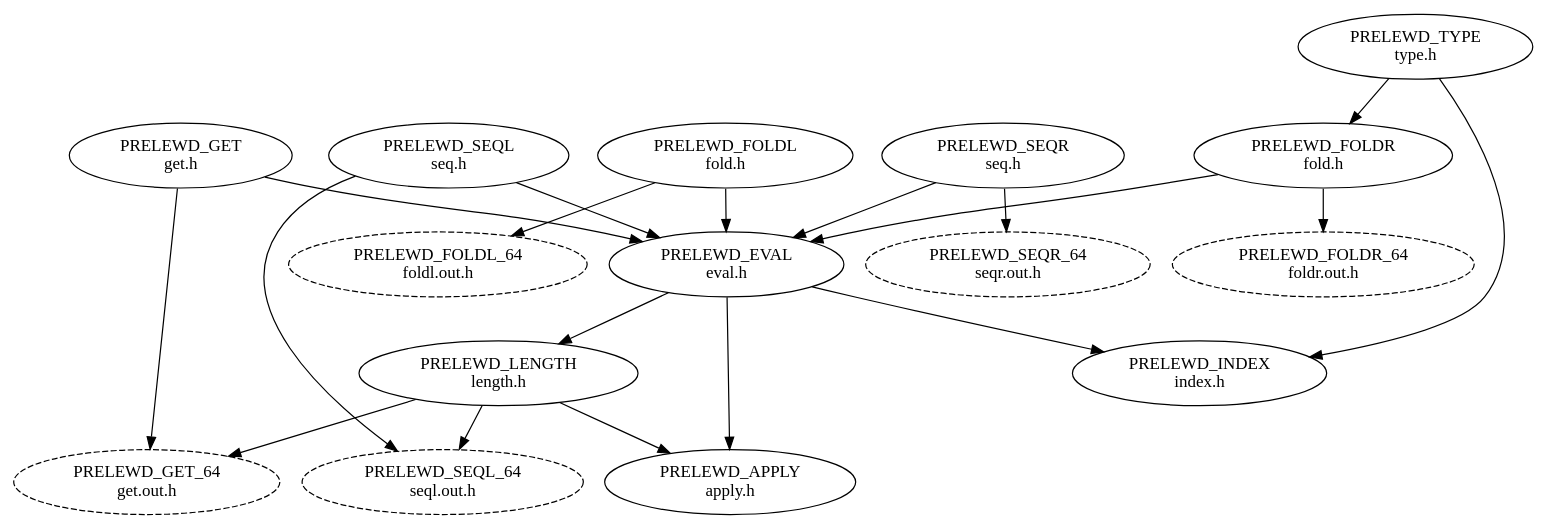
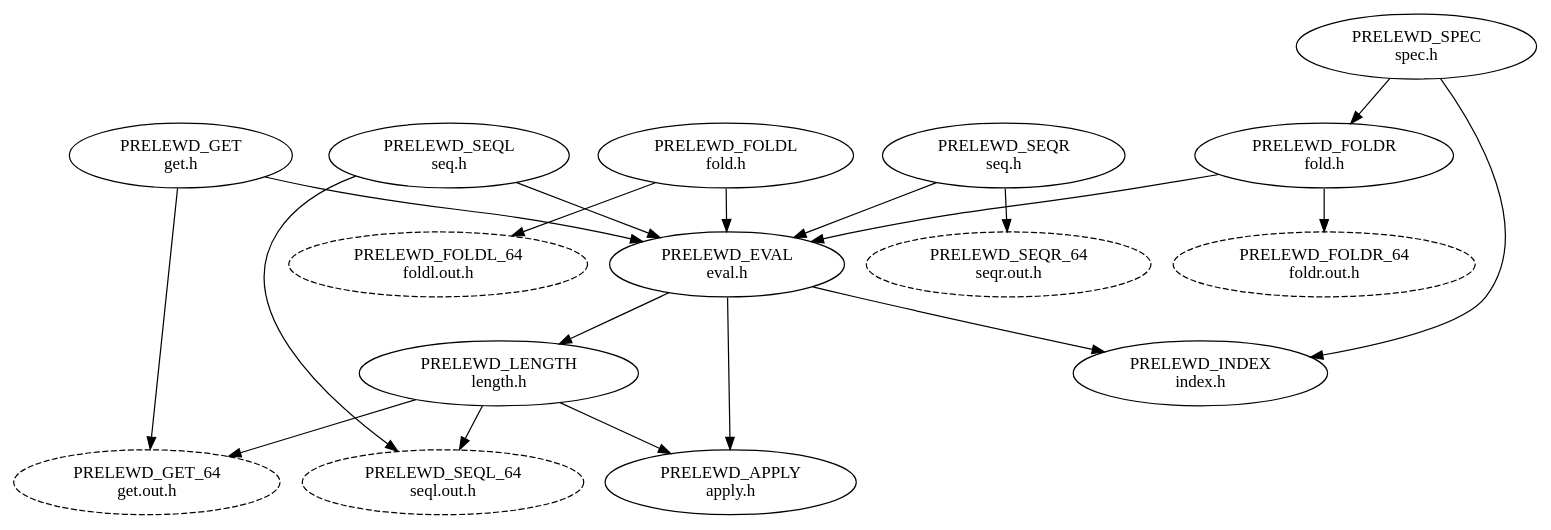
The diagram in prelewd.dot (Tuplanolla/prelewd), drawn with Graphviz before and after one commit. The commit also changed 12 other files, not shown here.

```diff
--- a/prelewd.dot
+++ b/prelewd.dot
@@ -1,48 +1,48 @@
 digraph {
   node [style = solid]
 
-  PRELEWD_TYPE [label = "\N\ntype.h"]
+  PRELEWD_SPEC [label = "\N\nspec.h"]
   PRELEWD_FOLDL [label = "\N\nfold.h"]
   PRELEWD_FOLDR [label = "\N\nfold.h"]
   PRELEWD_EVAL [label = "\N\neval.h"]
   PRELEWD_LENGTH [label = "\N\nlength.h"]
   PRELEWD_GET [label = "\N\nget.h"]
   PRELEWD_SEQL [label = "\N\nseq.h"]
   PRELEWD_SEQR [label = "\N\nseq.h"]
   PRELEWD_APPLY [label = "\N\napply.h"]
   PRELEWD_INDEX [label = "\N\nindex.h"]
 
   node [style = dashed]
 
   PRELEWD_FOLDL_64 [label = "\N\nfoldl.out.h"]
   PRELEWD_FOLDR_64 [label = "\N\nfoldr.out.h"]
   PRELEWD_GET_64 [label = "\N\nget.out.h"]
   PRELEWD_SEQL_64 [label = "\N\nseql.out.h"]
   PRELEWD_SEQR_64 [label = "\N\nseqr.out.h"]
 
-  PRELEWD_TYPE -> PRELEWD_FOLDR
-  PRELEWD_TYPE -> PRELEWD_INDEX
+  PRELEWD_SPEC -> PRELEWD_FOLDR
+  PRELEWD_SPEC -> PRELEWD_INDEX
 
   PRELEWD_FOLDL -> PRELEWD_EVAL
   PRELEWD_FOLDL -> PRELEWD_FOLDL_64
 
   PRELEWD_FOLDR -> PRELEWD_EVAL
   PRELEWD_FOLDR -> PRELEWD_FOLDR_64
 
   PRELEWD_EVAL -> PRELEWD_LENGTH
   PRELEWD_EVAL -> PRELEWD_APPLY
   PRELEWD_EVAL -> PRELEWD_INDEX
 
   PRELEWD_LENGTH -> PRELEWD_APPLY
   PRELEWD_LENGTH -> PRELEWD_GET_64
   PRELEWD_LENGTH -> PRELEWD_SEQL_64
 
   PRELEWD_GET -> PRELEWD_EVAL
   PRELEWD_GET -> PRELEWD_GET_64
 
   PRELEWD_SEQL -> PRELEWD_EVAL
   PRELEWD_SEQL -> PRELEWD_SEQL_64
 
   PRELEWD_SEQR -> PRELEWD_EVAL
   PRELEWD_SEQR -> PRELEWD_SEQR_64
 }
```
